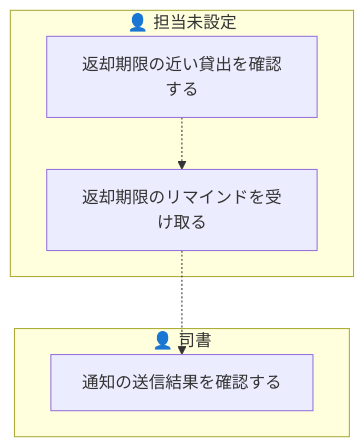
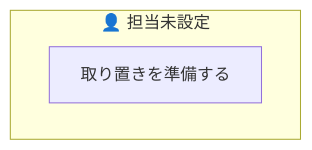
One commit to suwa-sh/suwa-sh-claude-plugins changed the seventh of 11 diagrams in samples/distillery2/library-loan/docs/requirements/rdra/views/03_業務フロー.md. Above: the diagram before and after it, drawn with Mermaid. The commit also changed other lines of this file and 249 other files, not shown here.

````diff
--- a/samples/distillery2/library-loan/docs/requirements/rdra/views/03_業務フロー.md
+++ b/samples/distillery2/library-loan/docs/requirements/rdra/views/03_業務フロー.md
@@ -159,12 +127,6 @@
 ```mermaid
 graph TD
   subgraph LN1["👤 担当未設定"]
-    AT1["返却期限の近い貸出を確認する"]
-    AT2["返却期限のリマインドを受け取る"]
+    AT1["取り置きを準備する"]
   end
-  subgraph LN2["👤 司書"]
-    AT3["通知の送信結果を確認する"]
-  end
-  AT1 -.-> AT2
-  AT2 -.-> AT3
 ```
````
